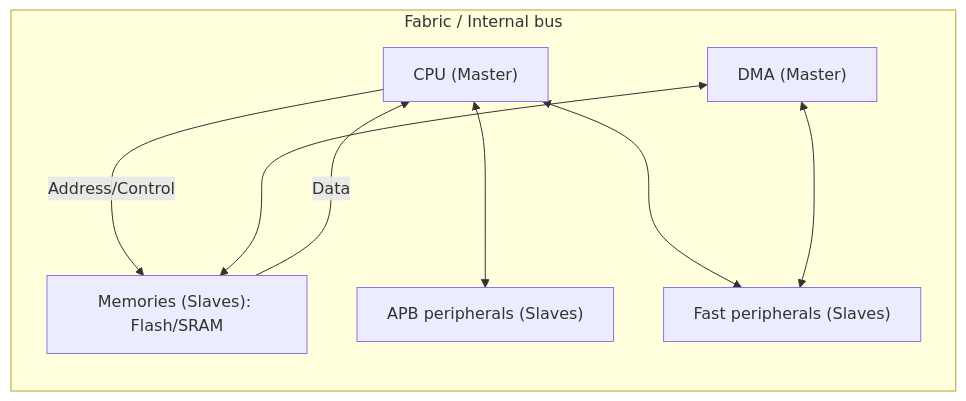
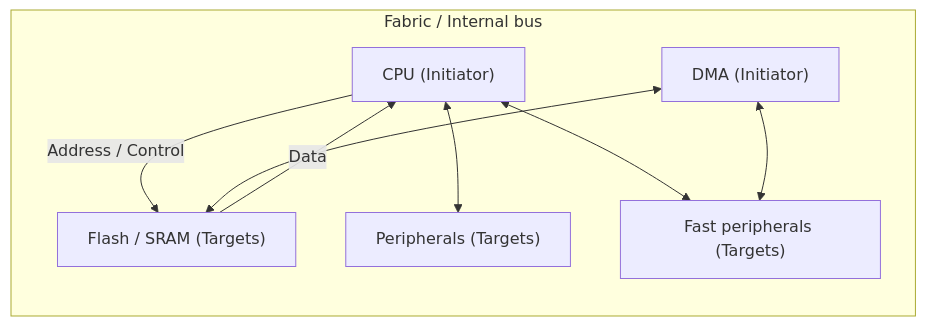
Before and after one commit to Gulden8ag/embedded1: the second of 2 diagrams in docs/Bloque0-Introduccion/Tema_A.md, drawn with Mermaid. The commit also changed other lines of this file and 5 other files, not shown here.

````diff
--- a/docs/Bloque0-Introduccion/Tema_A.md
+++ b/docs/Bloque0-Introduccion/Tema_A.md
@@ -169,18 +156,17 @@
 ```mermaid
 flowchart LR
-  subgraph Fabric[Fabric / Internal bus]
-    CPU2["CPU (Master)"]
-    DMA2["DMA (Master)"]
-    MEM2["Memories (Slaves): Flash/SRAM"]
-    P1["APB peripherals (Slaves)"]
-    P2["Fast peripherals (Slaves)"]
-  end
+    subgraph Fabric["Fabric / Internal bus"]
+        CPU2["CPU (Initiator)"]
+        DMA2["DMA (Initiator)"]
+        MEM2["Flash / SRAM (Targets)"]
+        P1["Peripherals (Targets)"]
+        P2["Fast peripherals (Targets)"]
+    end
 
-  CPU2 -->|Address/Control| MEM2
-  MEM2 -->|Data| CPU2
-
-  CPU2 <---> P1
-  CPU2 <---> P2
-  DMA2 <---> MEM2
-  DMA2 <---> P2
+    CPU2 -->|Address / Control| MEM2
+    MEM2 -->|Data| CPU2
+    CPU2 <--> P1
+    CPU2 <--> P2
+    DMA2 <--> MEM2
+    DMA2 <--> P2
 ```
````
